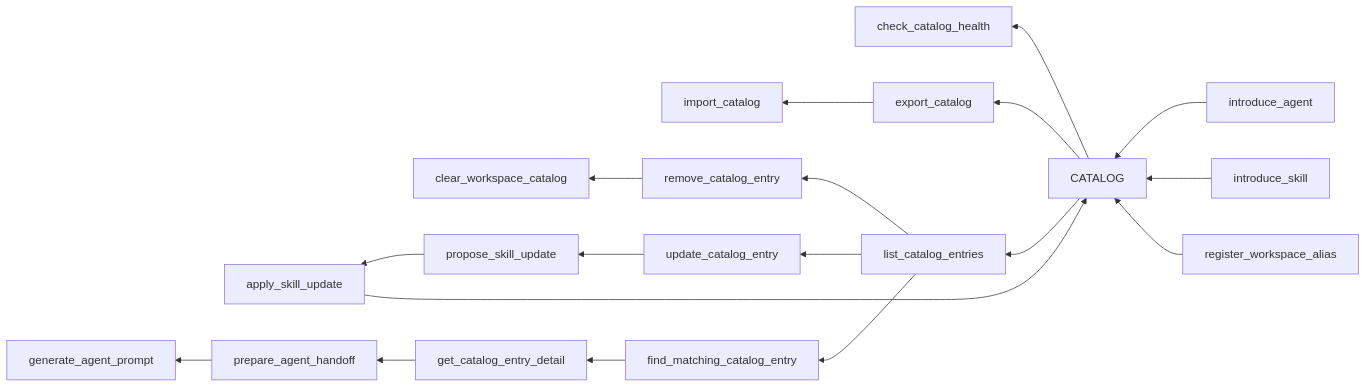
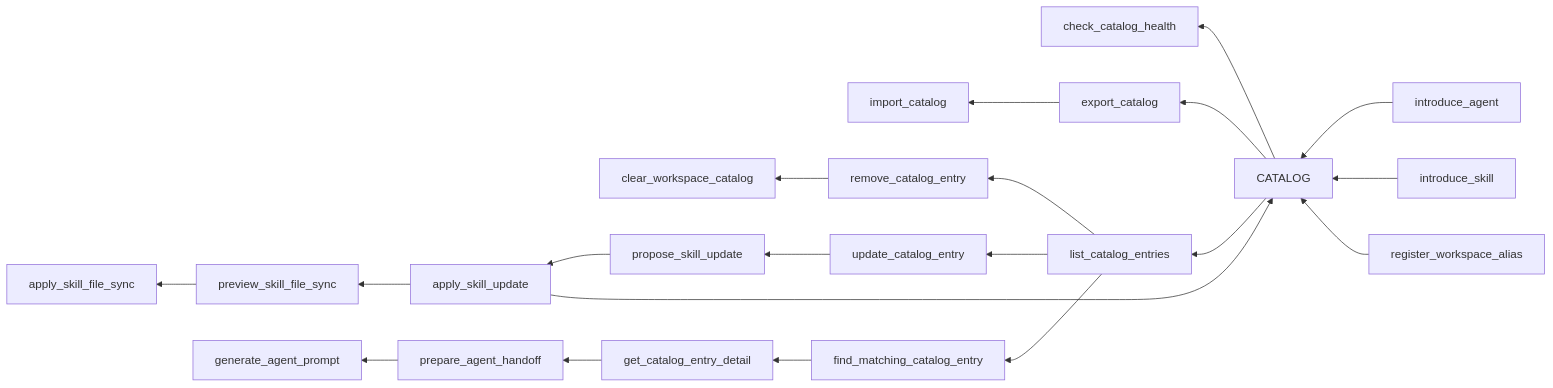
The diagram in README.md (okanaslan/lor-mcp), drawn with Mermaid before and after one commit. The commit also changed other lines of this file and 21 other files, not shown here.

````diff
--- a/README.md
+++ b/README.md
@@ -30,23 +30,25 @@
 ```mermaid
 flowchart RL
   catalog["CATALOG"]
 
   introduceAgent["introduce_agent"] --> catalog
   introduceSkill["introduce_skill"] --> catalog
   registerAlias["register_workspace_alias"] --> catalog
   catalog --> checkHealth["check_catalog_health"]
   catalog --> exportCatalog["export_catalog"]
   exportCatalog --> importCatalog["import_catalog"]
   catalog --> listEntries["list_catalog_entries"]
 
   listEntries --> removeEntry["remove_catalog_entry"]
   removeEntry --> clearCatalog["clear_workspace_catalog"]
   listEntries --> updateEntry["update_catalog_entry"]
   updateEntry --> proposeSkillUpdate["propose_skill_update"]
   proposeSkillUpdate --> applySkillUpdate["apply_skill_update"]
   applySkillUpdate --> catalog
+  applySkillUpdate --> previewSkillFileSync["preview_skill_file_sync"]
+  previewSkillFileSync --> applySkillFileSync["apply_skill_file_sync"]
   listEntries --> findMatch["find_matching_catalog_entry"]
   findMatch --> detail["get_catalog_entry_detail"]
   detail --> handoff["prepare_agent_handoff"]
   handoff --> generatePrompt["generate_agent_prompt"]
 ```
````
